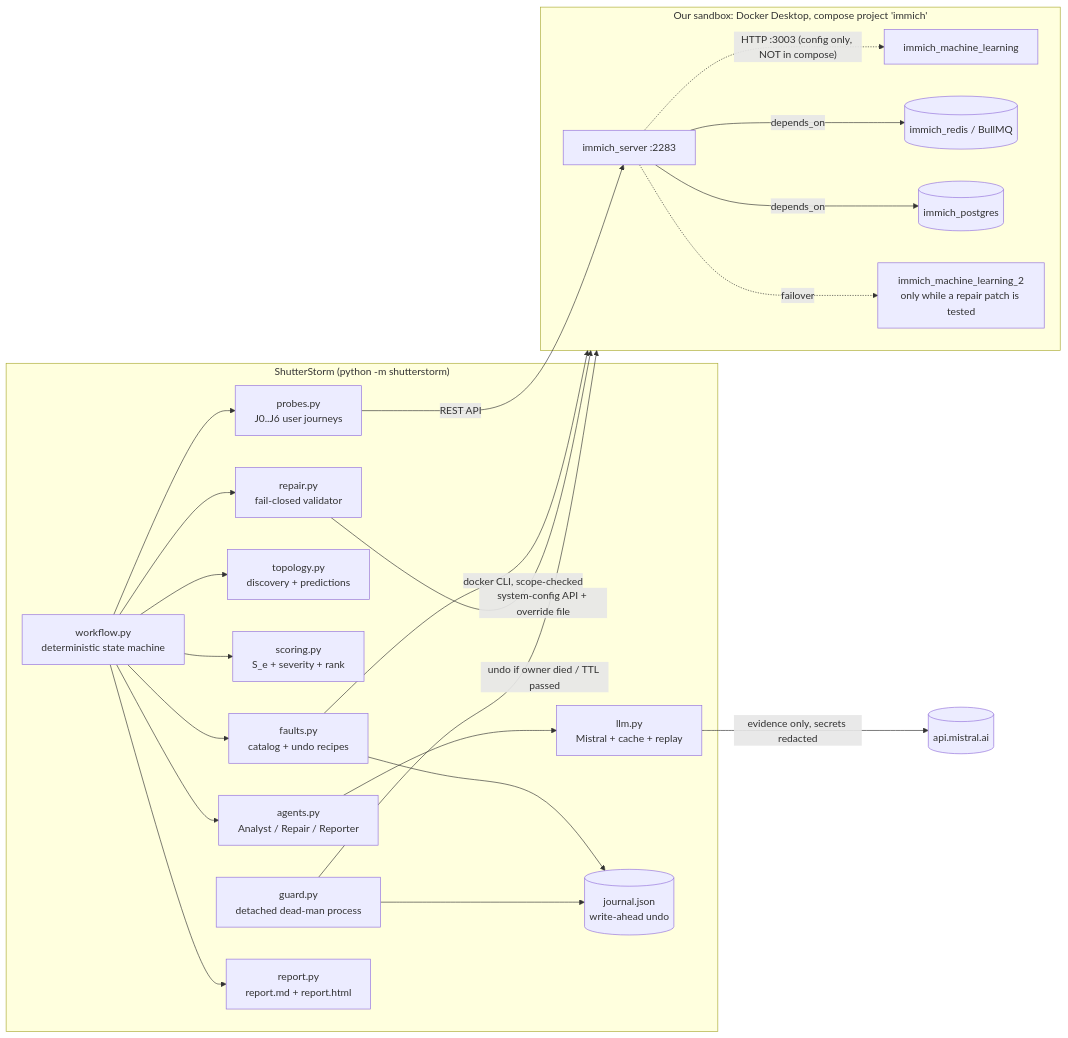
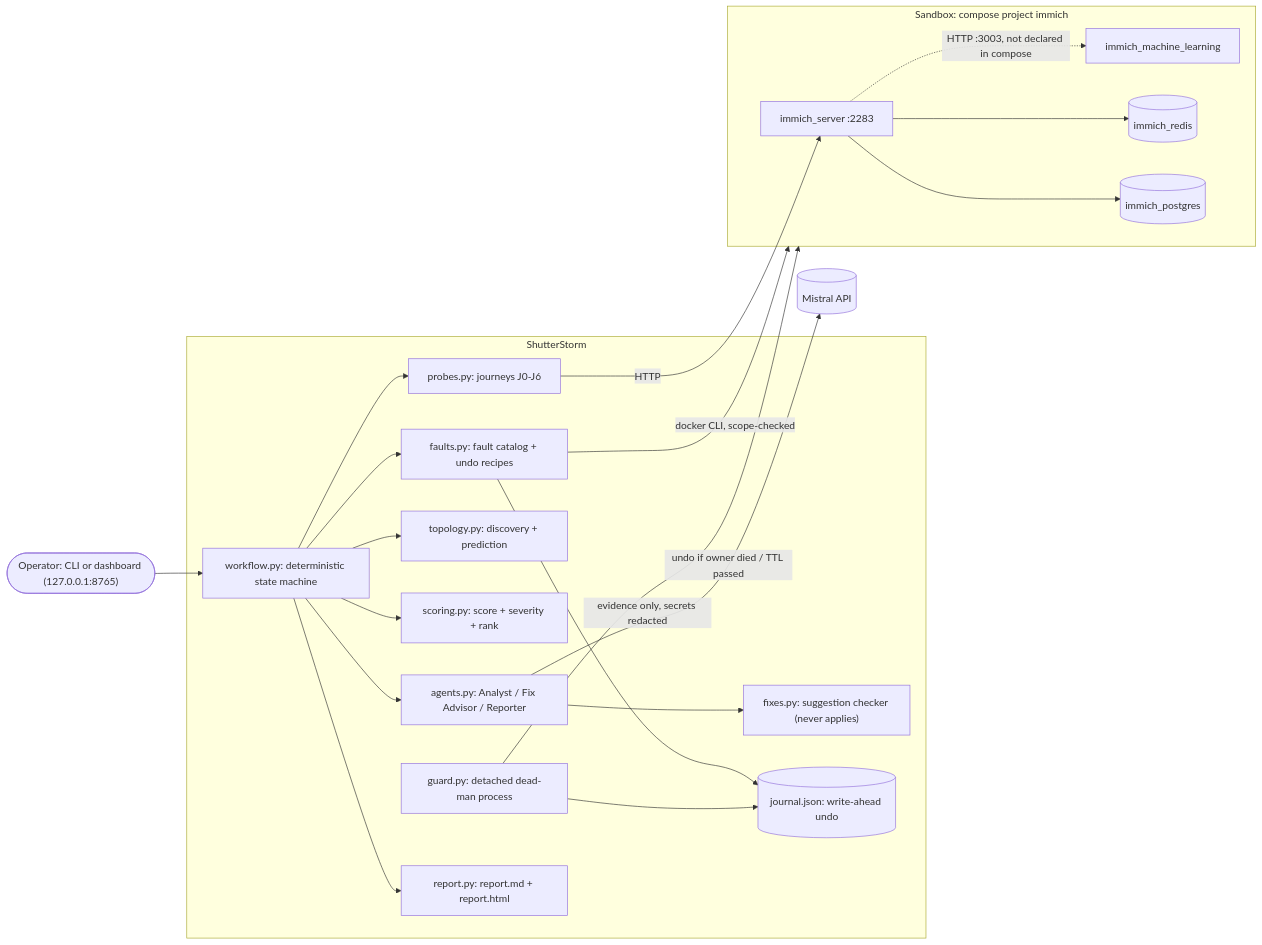
Before and after one commit to Shashank-Koppella/ShutterStorm: the diagram in docs/ARCHITECTURE.md, drawn with Mermaid. The commit also changed other lines of this file and 8 other files, not shown here.

First line of the commit message:
Dashboard UI, generated dependency graphs, docs for suggestion-only tool

````diff
--- a/docs/ARCHITECTURE.md
+++ b/docs/ARCHITECTURE.md
@@ -3,37 +5,30 @@
 ```mermaid
 flowchart LR
-  subgraph Sandbox["Our sandbox: Docker Desktop, compose project 'immich'"]
-    S[immich_server :2283]
-    ML[immich_machine_learning]
-    R[(immich_redis / BullMQ)]
-    DB[(immich_postgres)]
-    ML2[immich_machine_learning_2<br/>only while a repair patch is tested]
-    S -->|depends_on| DB
-    S -->|depends_on| R
-    S -. "HTTP :3003 (config only, NOT in compose)" .-> ML
-    S -. failover .-> ML2
+  op(["Operator: CLI or dashboard (127.0.0.1:8765)"])
+  subgraph SS["ShutterStorm"]
+    WF["workflow.py: deterministic state machine"]
+    P["probes.py: journeys J0-J6"]
+    F["faults.py: fault catalog + undo recipes"]
+    T["topology.py: discovery + prediction"]
+    SC["scoring.py: score + severity + rank"]
+    AG["agents.py: Analyst / Fix Advisor / Reporter"]
+    FX["fixes.py: suggestion checker (never applies)"]
+    J[("journal.json: write-ahead undo")]
+    G["guard.py: detached dead-man process"]
+    R["report.py: report.md + report.html"]
   end
-
-  subgraph SS["ShutterStorm (python -m shutterstorm)"]
-    WF[workflow.py<br/>deterministic state machine]
-    P[probes.py<br/>J0..J6 user journeys]
-    F[faults.py<br/>catalog + undo recipes]
-    T[topology.py<br/>discovery + predictions]
-    SC[scoring.py<br/>S_e + severity + rank]
-    RP[repair.py<br/>fail-closed validator]
-    AG[agents.py<br/>Analyst / Repair / Reporter]
-    LLM[llm.py<br/>Mistral + cache + replay]
-    J[(journal.json<br/>write-ahead undo)]
-    G[guard.py<br/>detached dead-man process]
-    REP[report.py<br/>report.md + report.html]
+  subgraph SB["Sandbox: compose project immich"]
+    S["immich_server :2283"]; ML["immich_machine_learning"]; RD[("immich_redis")]; DB[("immich_postgres")]
   end
-
-  WF --> T & P & F & SC & RP & AG & REP
-  AG --> LLM -->|evidence only, secrets redacted| MI[(api.mistral.ai)]
-  P -->|REST API| S
-  F -->|docker CLI, scope-checked| Sandbox
-  RP -->|system-config API + override file| Sandbox
+  op --> WF
+  WF --> T & P & F & SC & AG & R
+  AG --> FX
+  P -->|HTTP| S
+  F -->|"docker CLI, scope-checked"| SB
   F --> J
   G --> J
-  G -->|undo if owner died / TTL passed| Sandbox
+  G -->|"undo if owner died / TTL passed"| SB
+  AG -->|"evidence only, secrets redacted"| MI[("Mistral API")]
+  S --> DB & RD
+  S -. "HTTP :3003, not declared in compose" .-> ML
 ```
````
